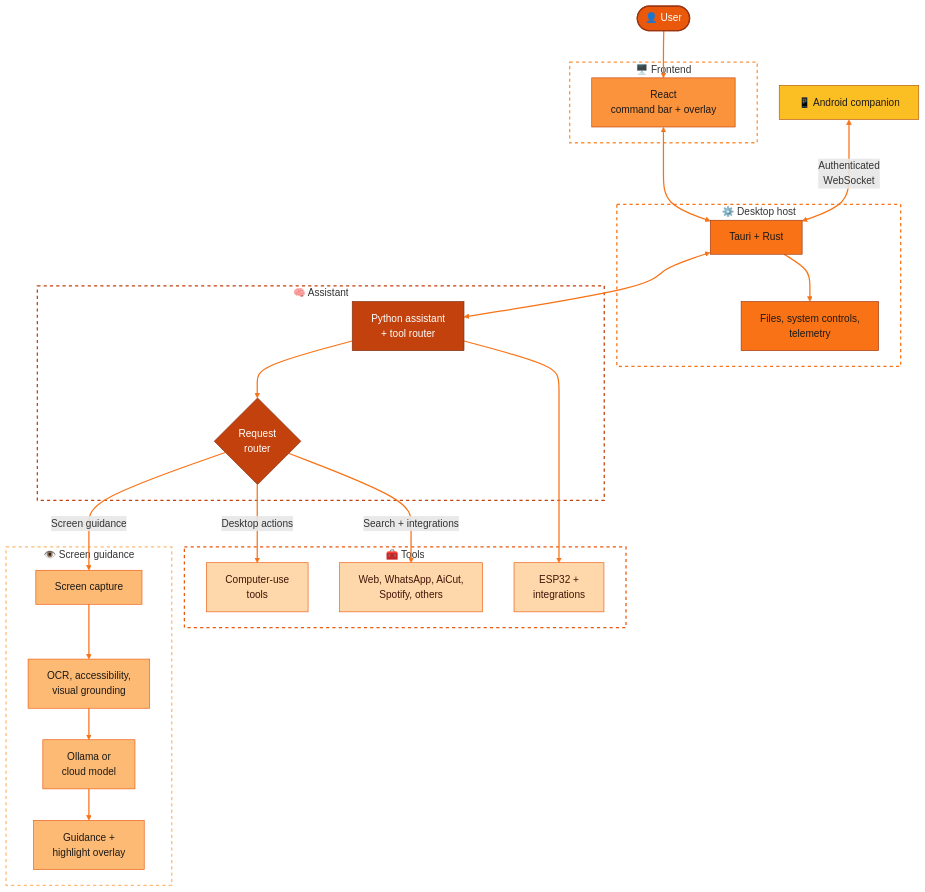
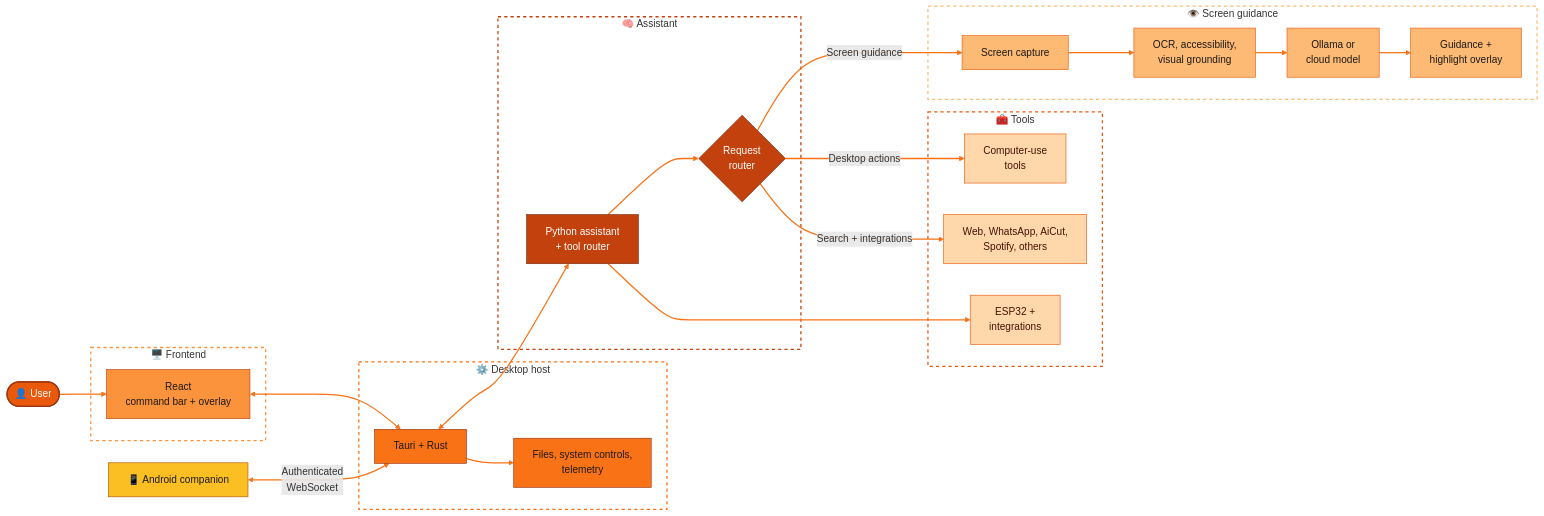
Before and after one commit to KingSahil/Blinky: the diagram in README.md, drawn with Mermaid.

Commit message:
Fix mermaid flowchart direction in README

````diff
--- a/README.md
+++ b/README.md
@@ -81,70 +81,70 @@
 ```mermaid
-flowchart TD
+flowchart  LR
     U(["👤 User"])
 
     subgraph FRONT["🖥️ Frontend"]
         UI["React<br/>command bar + overlay"]
     end
 
     subgraph HOST["⚙️ Desktop host"]
         T["Tauri + Rust"]
         F["Files, system controls,<br/>telemetry"]
     end
 
     subgraph BRAIN["🧠 Assistant"]
         P["Python assistant<br/>+ tool router"]
         R{"Request<br/>router"}
     end
 
     subgraph VISION["👁️ Screen guidance"]
         C["Screen capture"]
         O["OCR, accessibility,<br/>visual grounding"]
         AI["Ollama or<br/>cloud model"]
         H["Guidance +<br/>highlight overlay"]
         C --> O --> AI --> H
     end
 
     subgraph TOOLS["🧰 Tools"]
         A["Computer-use<br/>tools"]
         X["Web, WhatsApp, AiCut,<br/>Spotify, others"]
         I["ESP32 +<br/>integrations"]
     end
 
     M["📱 Android companion"]
 
     U --> UI
     UI <--> T
     T <--> P
     T --> F
     M <-->|"Authenticated<br/>WebSocket"| T
 
     P --> R
     P --> I
     R -->|"Screen guidance"| C
     R -->|"Desktop actions"| A
     R -->|"Search + integrations"| X
 
     classDef user fill:#ea580c,stroke:#9a3412,color:#fff,stroke-width:2px
     classDef front fill:#fb923c,stroke:#c2410c,color:#1c1917
     classDef host fill:#f97316,stroke:#9a3412,color:#1c1917
     classDef brain fill:#c2410c,stroke:#7c2d12,color:#fff
     classDef vision fill:#fdba74,stroke:#ea580c,color:#1c1917
     classDef tool fill:#fed7aa,stroke:#ea580c,color:#431407
     classDef mobile fill:#fbbf24,stroke:#b45309,color:#1c1917
 
     class U user
     class UI front
     class T,F host
     class P,R brain
     class C,O,AI,H vision
     class A,X,I tool
     class M mobile
 
     linkStyle default stroke:#f97316,stroke-width:2px
 
     style FRONT fill:none,stroke:#fb923c,stroke-width:2px,stroke-dasharray:5 5
     style HOST fill:none,stroke:#f97316,stroke-width:2px,stroke-dasharray:5 5
     style BRAIN fill:none,stroke:#c2410c,stroke-width:2px,stroke-dasharray:5 5
     style VISION fill:none,stroke:#fdba74,stroke-width:2px,stroke-dasharray:5 5
     style TOOLS fill:none,stroke:#ea580c,stroke-width:2px,stroke-dasharray:5 5
 ```
````
